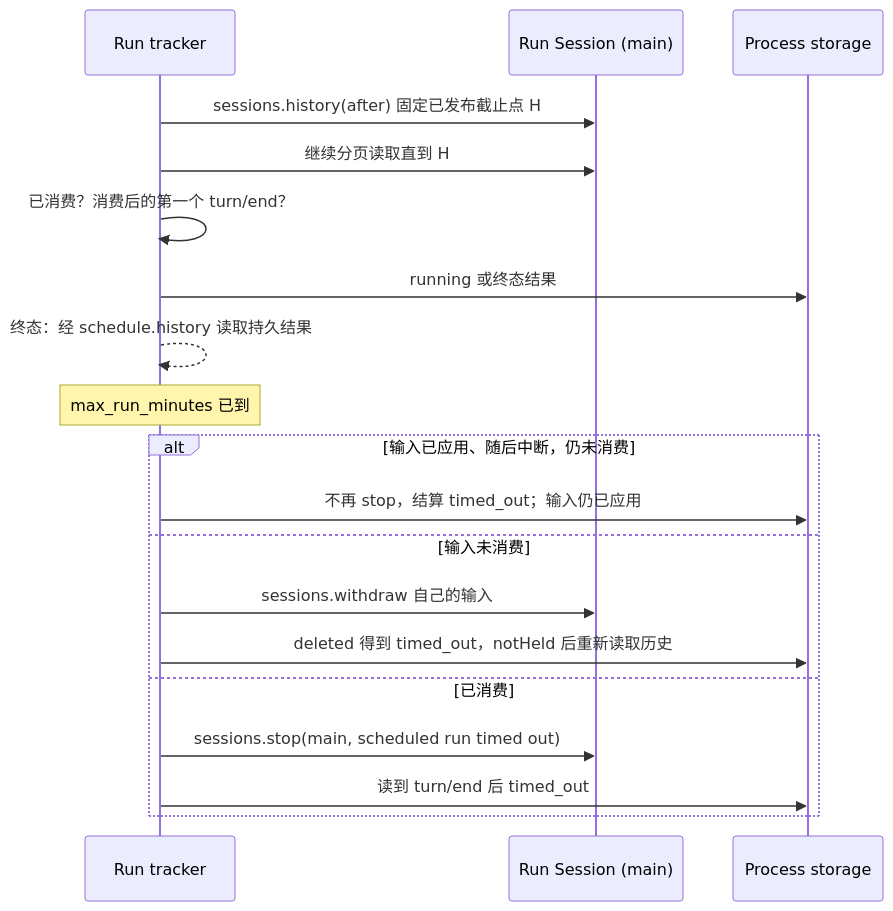
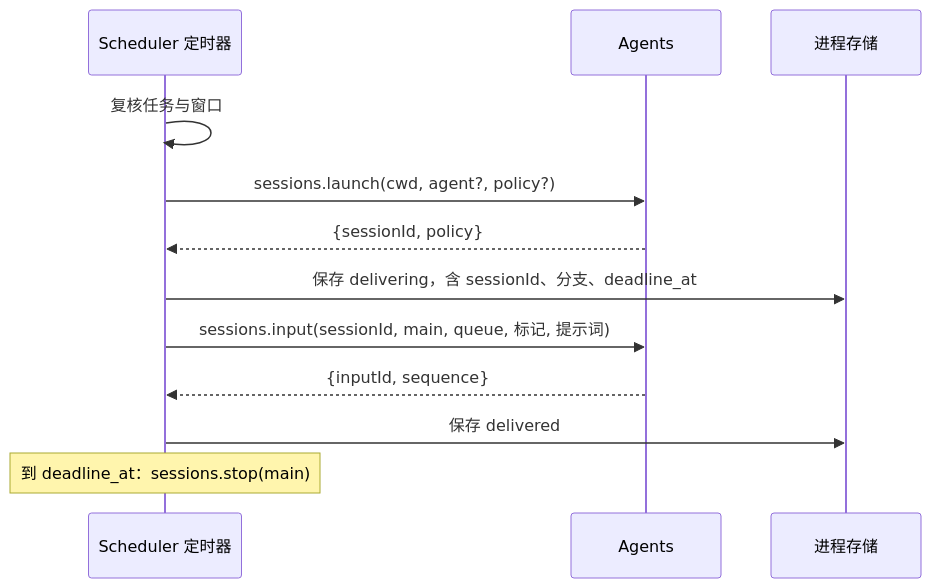
Before and after one commit to CoutinhoTTS/dim-agent: the fourth of 5 diagrams in docs/zh/design/plugins/Scheduler.md, drawn with Mermaid. The commit also changed other lines of this file and 5 other files, not shown here.

First line of the commit message:
docs(scheduler): deliver a scheduled job to the branch that saved it

````diff
--- a/docs/zh/design/plugins/Scheduler.md
+++ b/docs/zh/design/plugins/Scheduler.md
@@ -205,21 +200,14 @@
 ```mermaid
 sequenceDiagram
-  participant R as Run tracker
-  participant S as Run Session (main)
-  participant ST as Process storage
-  R->>S: sessions.history(after) 固定已发布截止点 H
-  R->>S: 继续分页读取直到 H
-  R->>R: 已消费？消费后的第一个 turn/end？
-  R->>ST: running 或终态结果
-  R-->>R: 终态：经 schedule.history 读取持久结果
-  Note over R: max_run_minutes 已到
-  alt 输入已应用、随后中断，仍未消费
-    R->>ST: 不再 stop，结算 timed_out；输入仍已应用
-  else 输入未消费
-    R->>S: sessions.withdraw 自己的输入
-    R->>ST: deleted 得到 timed_out，notHeld 后重新读取历史
-  else 已消费
-    R->>S: sessions.stop(main, scheduled run timed out)
-    R->>ST: 读到 turn/end 后 timed_out
-  end
+  participant T as Scheduler 定时器
+  participant AG as Agents
+  participant ST as 进程存储
+  T->>T: 复核任务与窗口
+  T->>AG: sessions.launch(cwd, agent?, policy?)
+  AG-->>T: {sessionId, policy}
+  T->>ST: 保存 delivering，含 sessionId、分支、deadline_at
+  T->>AG: sessions.input(sessionId, main, queue, 标记, 提示词)
+  AG-->>T: {inputId, sequence}
+  T->>ST: 保存 delivered
+  Note over T: 到 deadline_at：sessions.stop(main)
 ```
````
